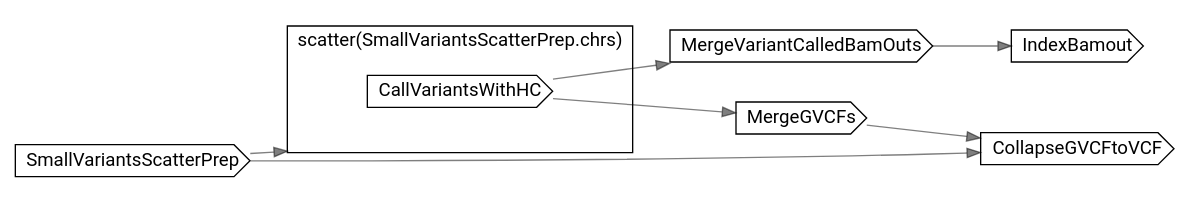
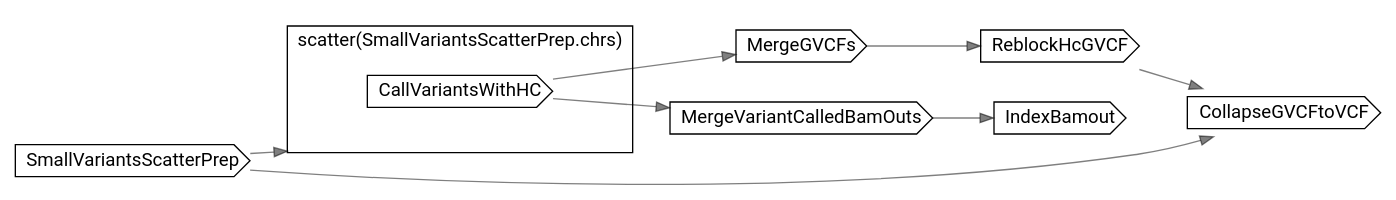
One commit to broadinstitute/long-read-pipelines changed the diagram in dot/HaplotypeCaller.dot. Above: the diagram before and after it, drawn with Graphviz. The commit also changed 46 other files, not shown here.

```diff
--- a/dot/HaplotypeCaller.dot
+++ b/dot/HaplotypeCaller.dot
@@ -1,22 +1,24 @@
 // CallVariantsWithHaplotypeCaller
 digraph {
 	compound=true rankdir=LR
 	node [fontname=Roboto]
 	edge [color="#00000080"]
 	"call-SmallVariantsScatterPrep" [label=SmallVariantsScatterPrep shape=cds]
-	subgraph "cluster-scatter-L50C5-c" {
+	subgraph "cluster-scatter-L52C5-c" {
 		fontname=Roboto label="scatter(SmallVariantsScatterPrep.chrs)" rank=same
 		"call-CallVariantsWithHC" [label=CallVariantsWithHC shape=cds]
-		"scatter-L50C5-c" [label="" height=0 margin=0 style=invis width=0]
+		"scatter-L52C5-c" [label="" height=0 margin=0 style=invis width=0]
 	}
 	"call-MergeGVCFs" [label=MergeGVCFs shape=cds]
 	"call-MergeVariantCalledBamOuts" [label=MergeVariantCalledBamOuts shape=cds]
 	"call-IndexBamout" [label=IndexBamout shape=cds]
+	"call-ReblockHcGVCF" [label=ReblockHcGVCF shape=cds]
 	"call-CollapseGVCFtoVCF" [label=CollapseGVCFtoVCF shape=cds]
-	"call-SmallVariantsScatterPrep" -> "scatter-L50C5-c" [lhead="cluster-scatter-L50C5-c"]
+	"call-SmallVariantsScatterPrep" -> "scatter-L52C5-c" [lhead="cluster-scatter-L52C5-c"]
 	"call-CallVariantsWithHC" -> "call-MergeGVCFs"
 	"call-CallVariantsWithHC" -> "call-MergeVariantCalledBamOuts"
 	"call-MergeVariantCalledBamOuts" -> "call-IndexBamout"
+	"call-MergeGVCFs" -> "call-ReblockHcGVCF"
 	"call-SmallVariantsScatterPrep" -> "call-CollapseGVCFtoVCF"
-	"call-MergeGVCFs" -> "call-CollapseGVCFtoVCF"
+	"call-ReblockHcGVCF" -> "call-CollapseGVCFtoVCF"
 }
```
